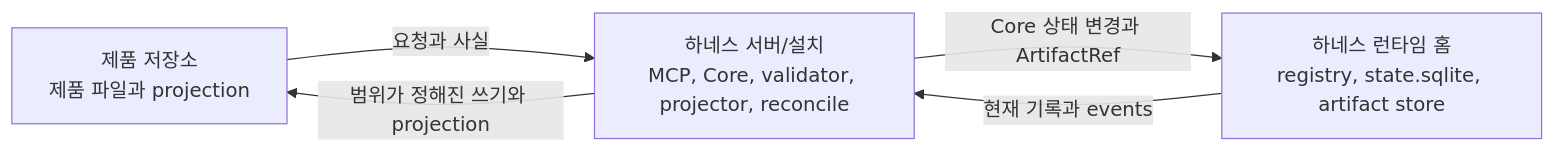
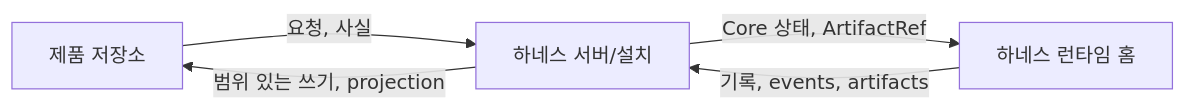
Before and after one commit to minjungw00/Harness_Project: the first of 2 diagrams in docs/ko/reference/runtime-architecture.md, drawn with Mermaid. The commit also changed other lines of this file and 15 other files, not shown here.

Commit message:
docs: simplify and audit Harness diagrams

````diff
--- a/docs/ko/reference/runtime-architecture.md
+++ b/docs/ko/reference/runtime-architecture.md
@@ -72,11 +72,11 @@
 ```mermaid
 flowchart LR
-  Repo["제품 저장소<br/>제품 파일과 projection"]
-  Server["하네스 서버/설치<br/>MCP, Core, validator, projector, reconcile"]
-  Home["하네스 런타임 홈<br/>registry, state.sqlite, artifact store"]
+  Repo["제품 저장소"]
+  Server["하네스 서버/설치"]
+  Home["하네스 런타임 홈"]
 
-  Repo -->|요청과 사실| Server
-  Server -->|범위가 정해진 쓰기와 projection| Repo
-  Server -->|Core 상태 변경과 ArtifactRef| Home
-  Home -->|현재 기록과 events| Server
+  Repo -->|요청, 사실| Server
+  Server -->|범위 있는 쓰기, projection| Repo
+  Server -->|Core 상태, ArtifactRef| Home
+  Home -->|기록, events, artifacts| Server
 ```
````
